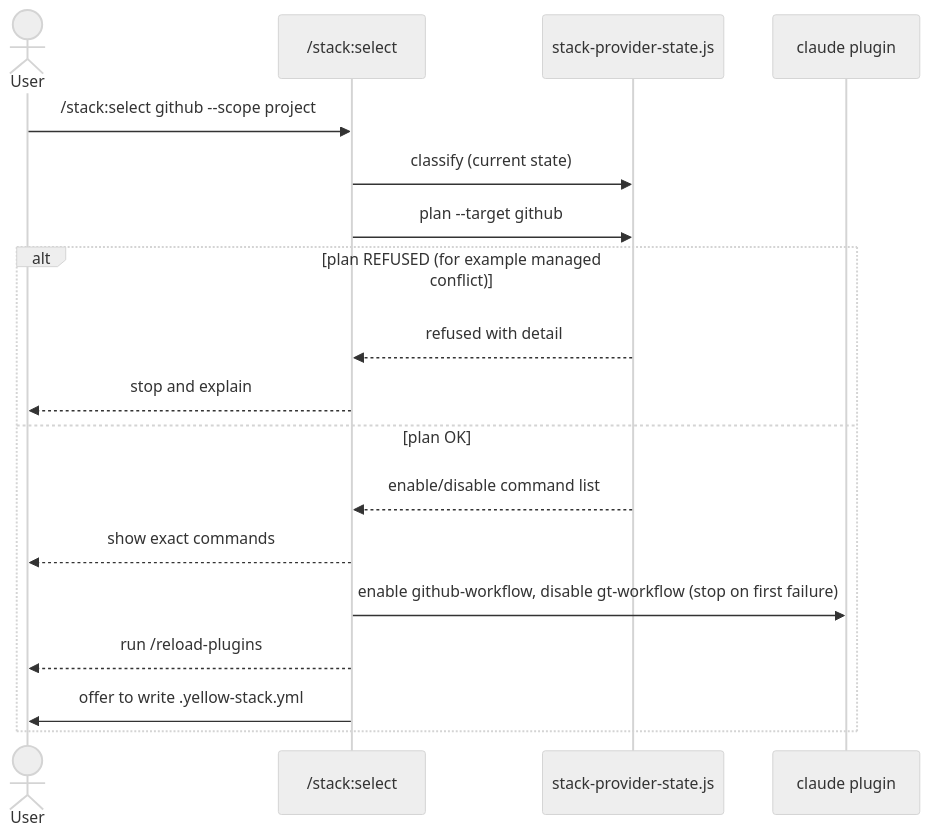
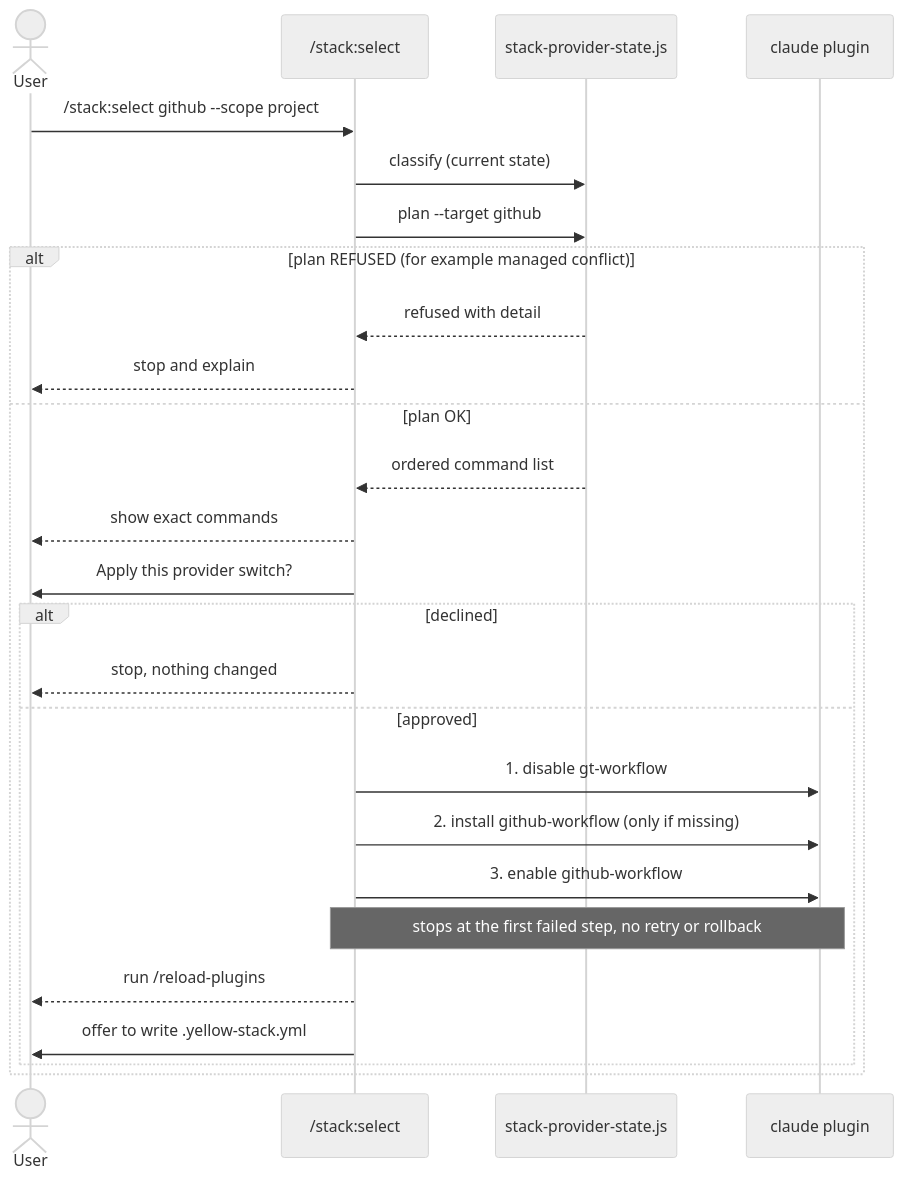
Before and after one commit to KingInYellows/yellow-plugins: the third of 8 diagrams in docs/workflow-diagrams.md, drawn with Mermaid (neutral theme). The commit also changed other lines of this file and 1 other file, not shown here.

First line of the commit message:
docs: correct provider, select, shell and release diagram details

````diff
--- a/docs/workflow-diagrams.md
+++ b/docs/workflow-diagrams.md
@@ -87,20 +88,28 @@
 ```mermaid
 sequenceDiagram
   actor User
   participant Select as /stack:select
   participant State as stack-provider-state.js
   participant CLI as claude plugin
   User->>Select: /stack:select github --scope project
   Select->>State: classify (current state)
   Select->>State: plan --target github
   alt plan REFUSED (for example managed conflict)
     State-->>Select: refused with detail
     Select-->>User: stop and explain
   else plan OK
-    State-->>Select: enable/disable command list
+    State-->>Select: ordered command list
     Select-->>User: show exact commands
-    Select->>CLI: enable github-workflow, disable gt-workflow (stop on first failure)
-    Select-->>User: run /reload-plugins
-    Select->>User: offer to write .yellow-stack.yml
+    Select->>User: Apply this provider switch?
+    alt declined
+      Select-->>User: stop, nothing changed
+    else approved
+      Select->>CLI: 1. disable gt-workflow
+      Select->>CLI: 2. install github-workflow (only if missing)
+      Select->>CLI: 3. enable github-workflow
+      Note over Select,CLI: stops at the first failed step, no retry or rollback
+      Select-->>User: run /reload-plugins
+      Select->>User: offer to write .yellow-stack.yml
+    end
   end
 ```
````
